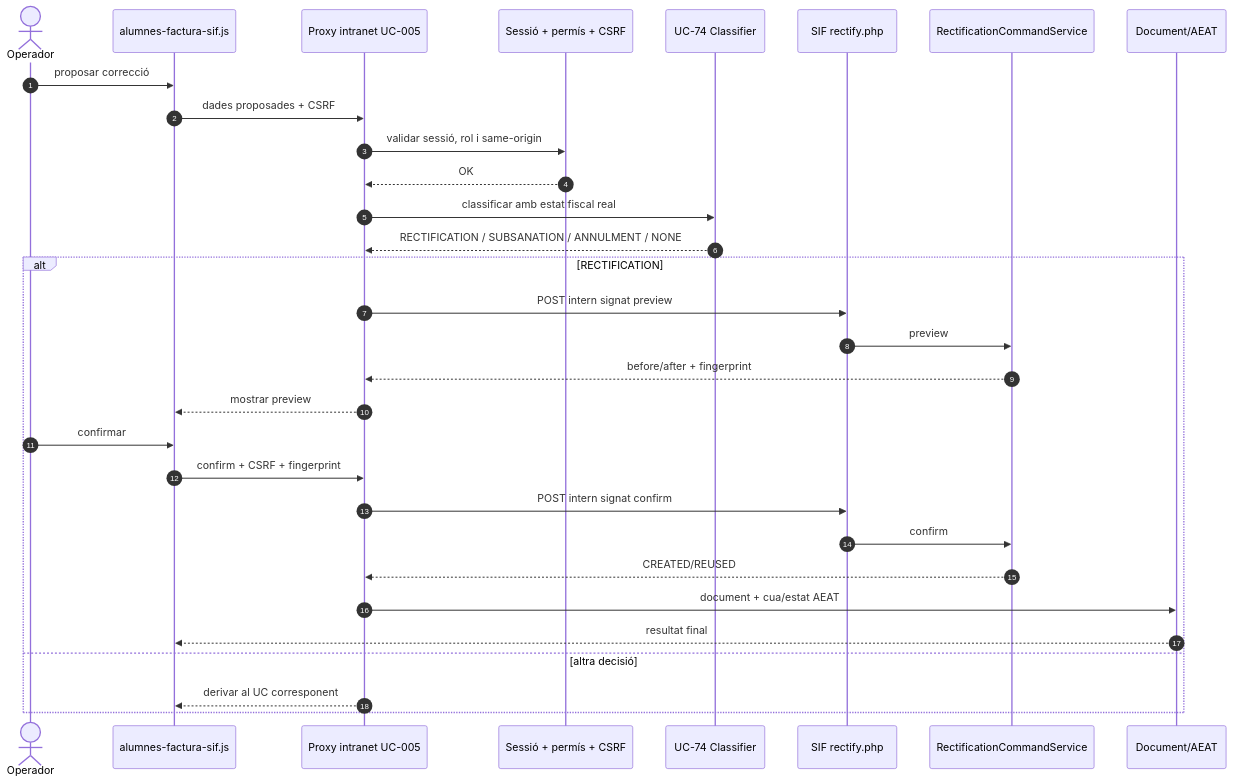
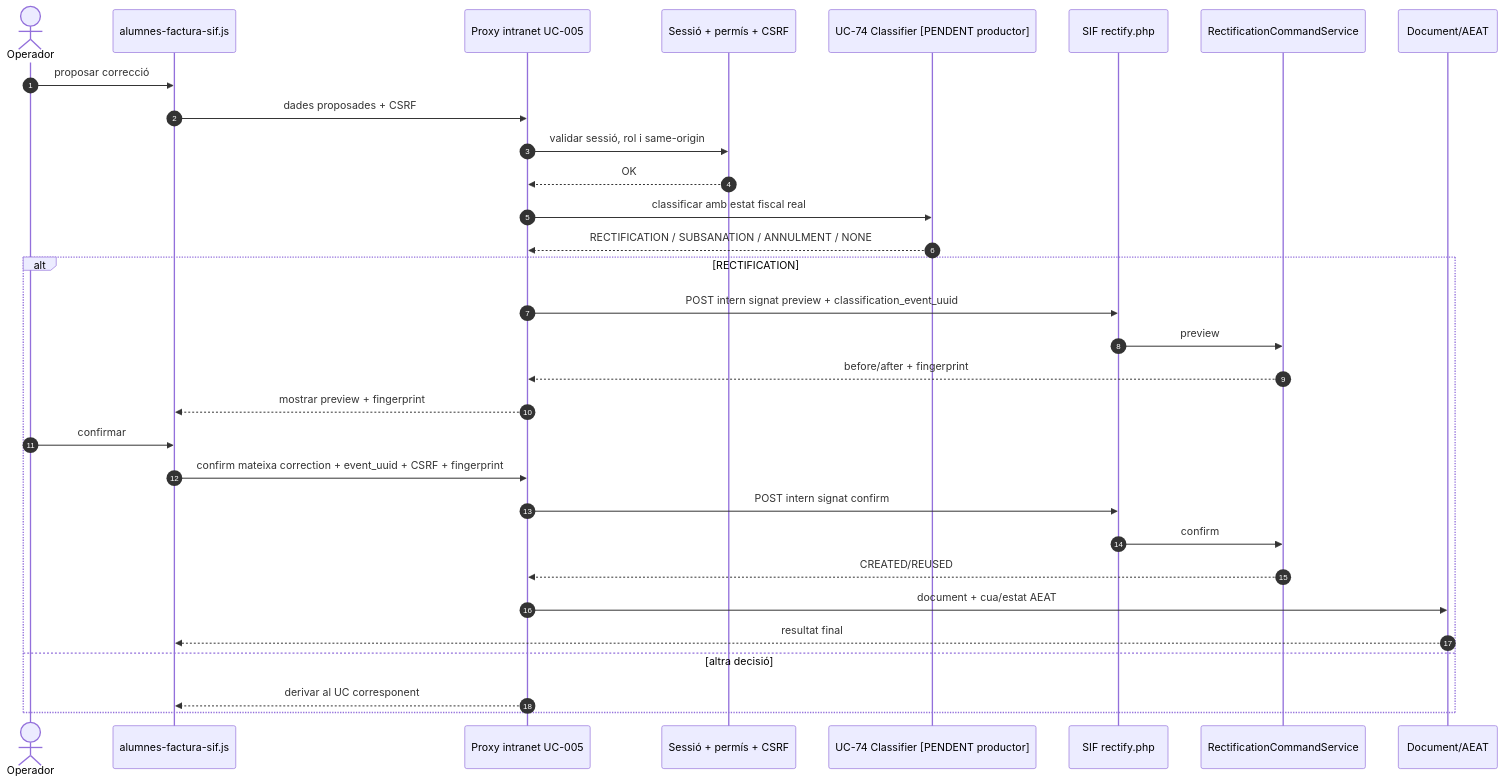
Before and after one commit to orgmeriemprismacat-del/verifactu: the fifth of 6 diagrams in documentacio/07-uml-integrat/uc-005-sequencies-actual-final.md, drawn with Mermaid. The commit also changed other lines of this file, not shown here.

````diff
--- a/documentacio/07-uml-integrat/uc-005-sequencies-actual-final.md
+++ b/documentacio/07-uml-integrat/uc-005-sequencies-actual-final.md
@@ -116,33 +116,33 @@
 ```mermaid
 sequenceDiagram
 autonumber
 actor O as Operador
 participant UI as alumnes-factura-sif.js
 participant PX as Proxy intranet UC-005
 participant AUTH as Sessió + permís + CSRF
-participant CL as UC-74 Classifier
+participant CL as UC-74 Classifier [PENDENT productor]
 participant API as SIF rectify.php
 participant CMD as RectificationCommandService
 participant DOC as Document/AEAT
 O->>UI: proposar correcció
 UI->>PX: dades proposades + CSRF
 PX->>AUTH: validar sessió, rol i same-origin
 AUTH-->>PX: OK
 PX->>CL: classificar amb estat fiscal real
 CL-->>PX: RECTIFICATION / SUBSANATION / ANNULMENT / NONE
 alt RECTIFICATION
-  PX->>API: POST intern signat preview
+  PX->>API: POST intern signat preview + classification_event_uuid
   API->>CMD: preview
   CMD-->>PX: before/after + fingerprint
-  PX-->>UI: mostrar preview
+  PX-->>UI: mostrar preview + fingerprint
   O->>UI: confirmar
-  UI->>PX: confirm + CSRF + fingerprint
+  UI->>PX: confirm mateixa correction + event_uuid + CSRF + fingerprint
   PX->>API: POST intern signat confirm
   API->>CMD: confirm
   CMD-->>PX: CREATED/REUSED
   PX->>DOC: document + cua/estat AEAT
   DOC-->>UI: resultat final
 else altra decisió
   PX-->>UI: derivar al UC corresponent
 end
 ```
````
